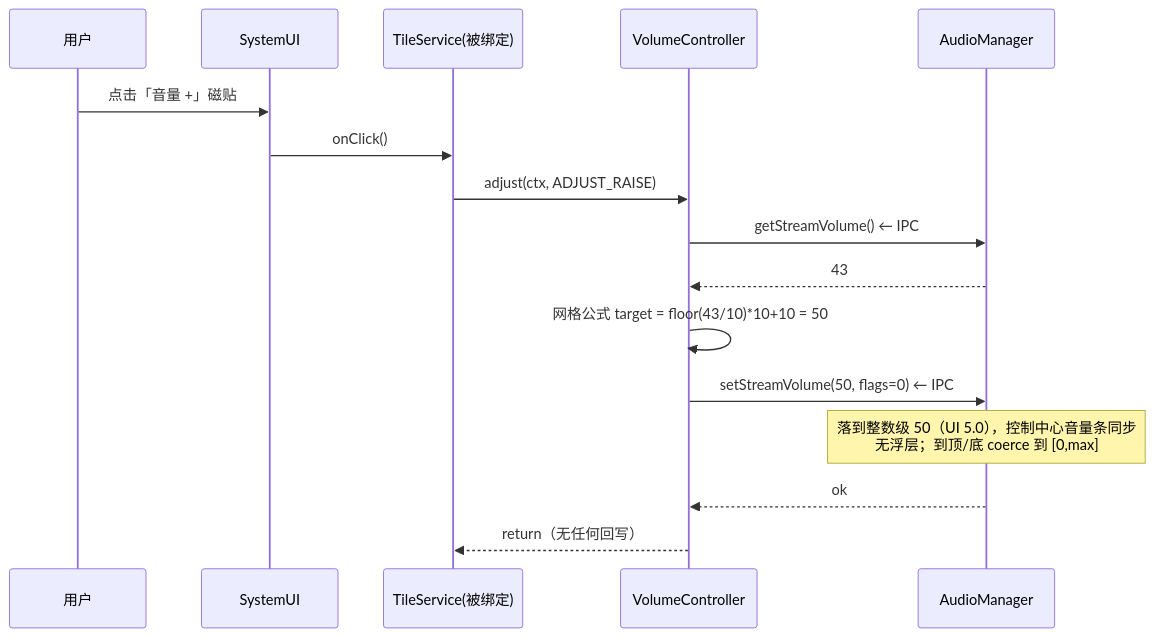
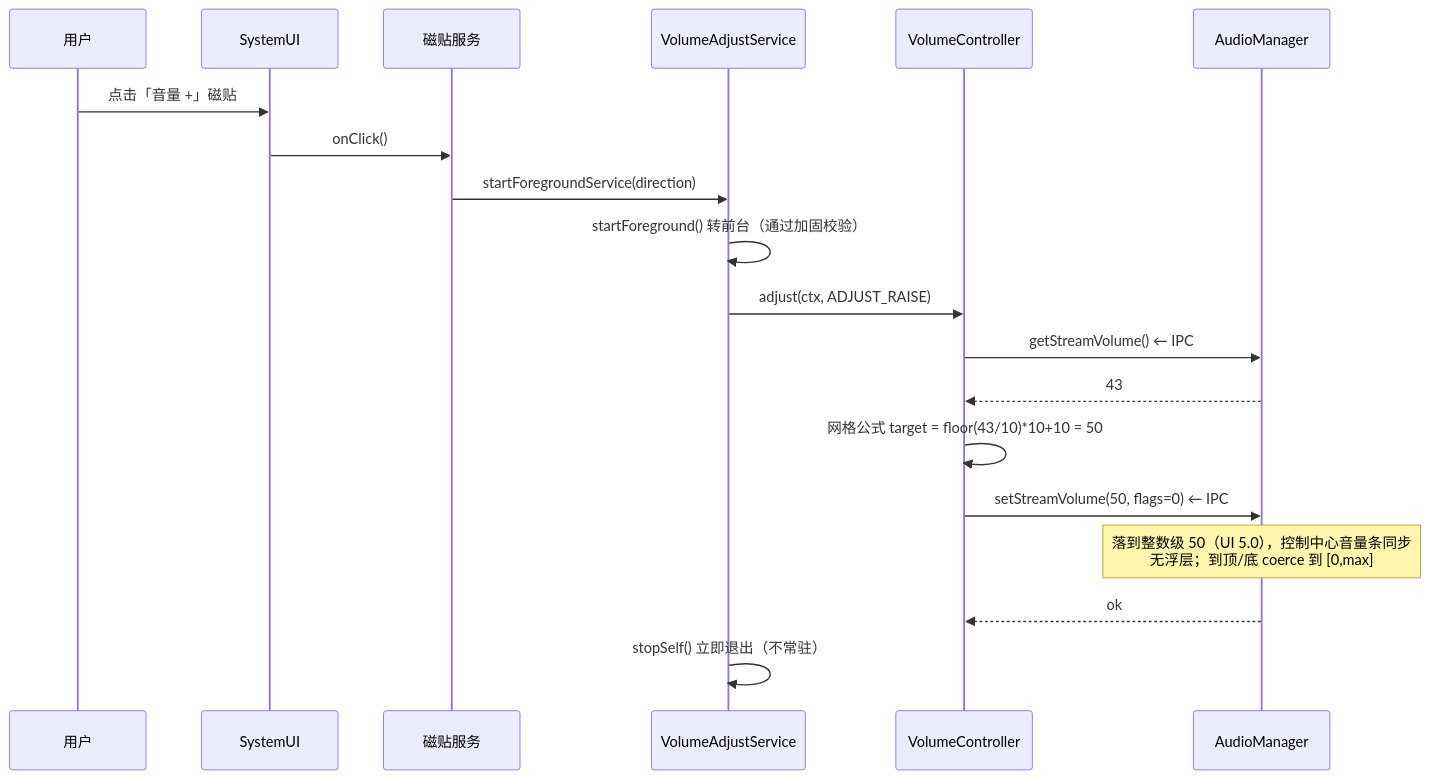
Before and after one commit to ExcuseLme/VolumeTile: the second of 2 diagrams in docs/design.md, drawn with Mermaid. The commit also changed other lines of this file and 1 other file, not shown here.

Commit message:
fix(tile): drop NotificationCompat-only setSilent from FGS notification

````diff
--- a/docs/design.md
+++ b/docs/design.md
@@ -416,19 +416,22 @@
 ```mermaid
 sequenceDiagram
     participant U as 用户
     participant S as SystemUI
-    participant T as TileService(被绑定)
+    participant T as 磁贴服务
+    participant V as VolumeAdjustService
     participant C as VolumeController
     participant A as AudioManager
 
     U->>S: 点击「音量 +」磁贴
     S->>T: onClick()
-    T->>C: adjust(ctx, ADJUST_RAISE)
+    T->>V: startForegroundService(direction)
+    V->>V: startForeground() 转前台（通过加固校验）
+    V->>C: adjust(ctx, ADJUST_RAISE)
     C->>A: getStreamVolume()          ← IPC#1 读 cur（如 43）
     A-->>C: 43
     C->>C: 网格公式 target = floor(43/10)*10+10 = 50
     C->>A: setStreamVolume(50, flags=0) ← IPC#2 绝对定位（吸附+清分数）
     Note over A: 落到整数级 50（UI 5.0），控制中心音量条同步<br/>无浮层；到顶/底 coerce 到 [0,max]
     A-->>C: ok
-    C-->>T: return（无任何回写）
+    V->>V: stopSelf() 立即退出（不常驻）
 ```
````
